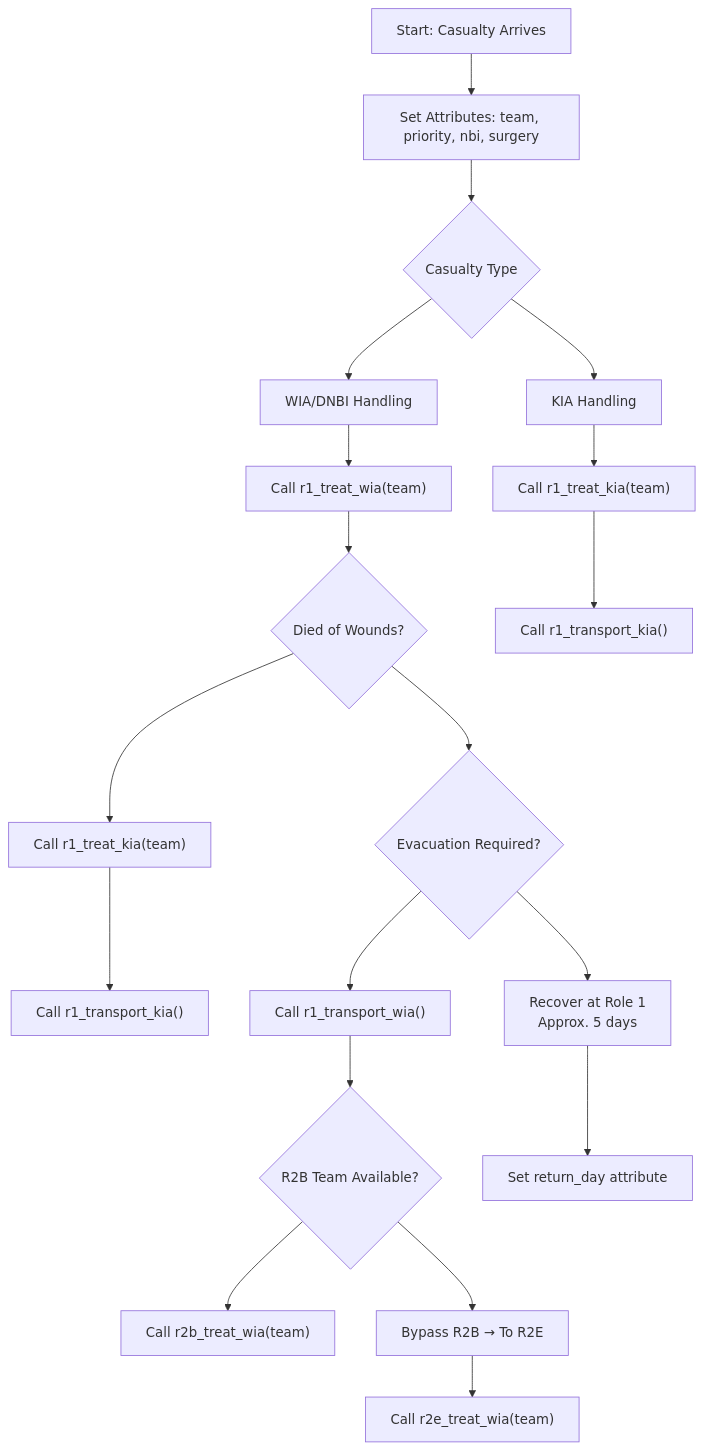
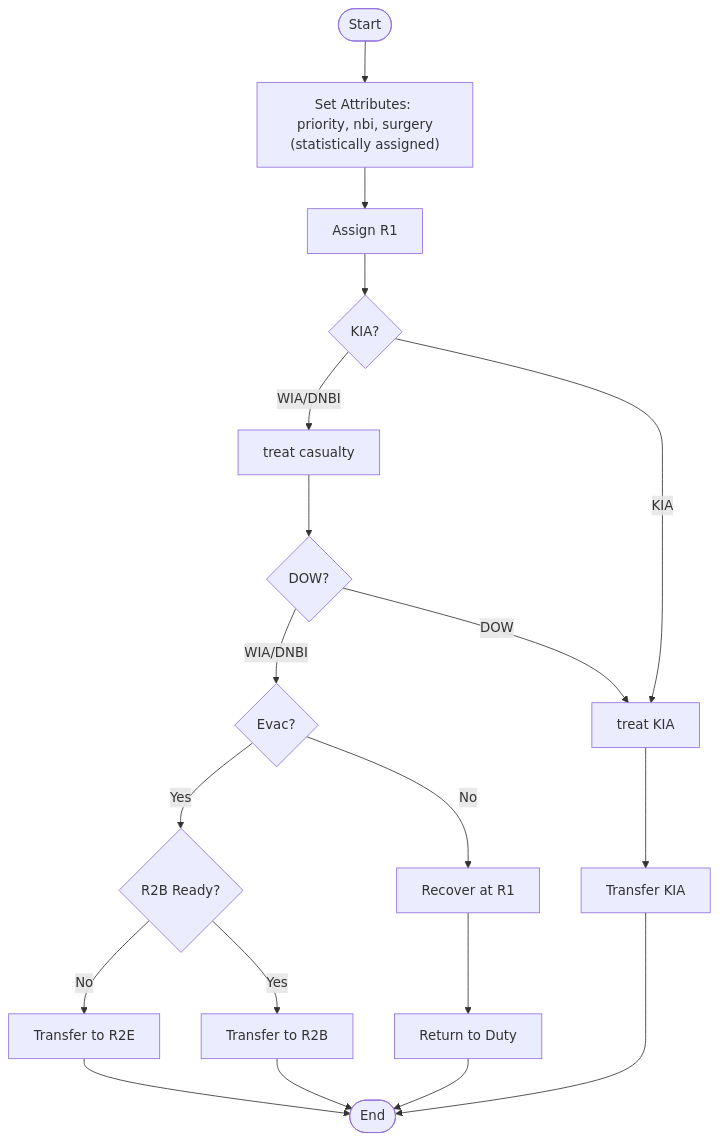
One commit to natosys/Battlefield-Casualty-Handling changed the second of 4 diagrams in README.md. Above: the diagram before and after it, drawn with Mermaid. The commit also changed other lines of this file and 3 other files, not shown here.

````diff
--- a/README.md
+++ b/README.md
@@ -451,24 +458,23 @@
 ```mermaid
 flowchart TD
-  A[Start: Casualty Arrives] --> B[Set Attributes: team, priority, nbi, surgery]
+    A(["Start"]) --> B["Set Attributes: <br> priority, nbi, surgery (statistically assigned)"]
+    B --> C["Assign R1"]
+    C --> D{"KIA?"}
+    D -- WIA/DNBI --> E["treat casualty"]
+    E --> F{"DOW?"}
+    F -- DOW --> G["treat KIA"]
+    F -- WIA/DNBI --> H{"Evac?"}
+    D -- KIA --> G
+    H -- Yes --> I{"R2B Ready?"}
+    I -- Yes --> J["Transfer to R2B"]
+    I -- No --> K["Transfer to R2E"]
+    K --> L(["End"])
+    J --> L
+    H -- No --> M["Recover at R1"]
+    M --> N["Return to Duty"]
+    N --> L
+    G --> O["Transfer KIA"]
+    O --> L
 
-  B --> C{Casualty Type}
-  C --> D[WIA/DNBI Handling]
-  C --> P[KIA Handling]
 
-  D --> D1["Call r1_treat_wia(team)"]
-  D1 --> E{Died of Wounds?}
-  E --> F["Call r1_treat_kia(team)"] --> G["Call r1_transport_kia()"]
-  E --> H{Evacuation Required?}
-
-  H --> I["Call r1_transport_wia()"]
-  I --> J{R2B Team Available?}
-  J --> K["Call r2b_treat_wia(team)"]
-  J --> L[Bypass R2B → To R2E] --> M["Call r2e_treat_wia(team)"]
-
-  H --> N[Recover at Role 1<br/>Approx. 5 days]
-  N --> S[Set return_day attribute]
-
-  P --> Q["Call r1_treat_kia(team)"]
-  Q --> R["Call r1_transport_kia()"]
 ```
````
